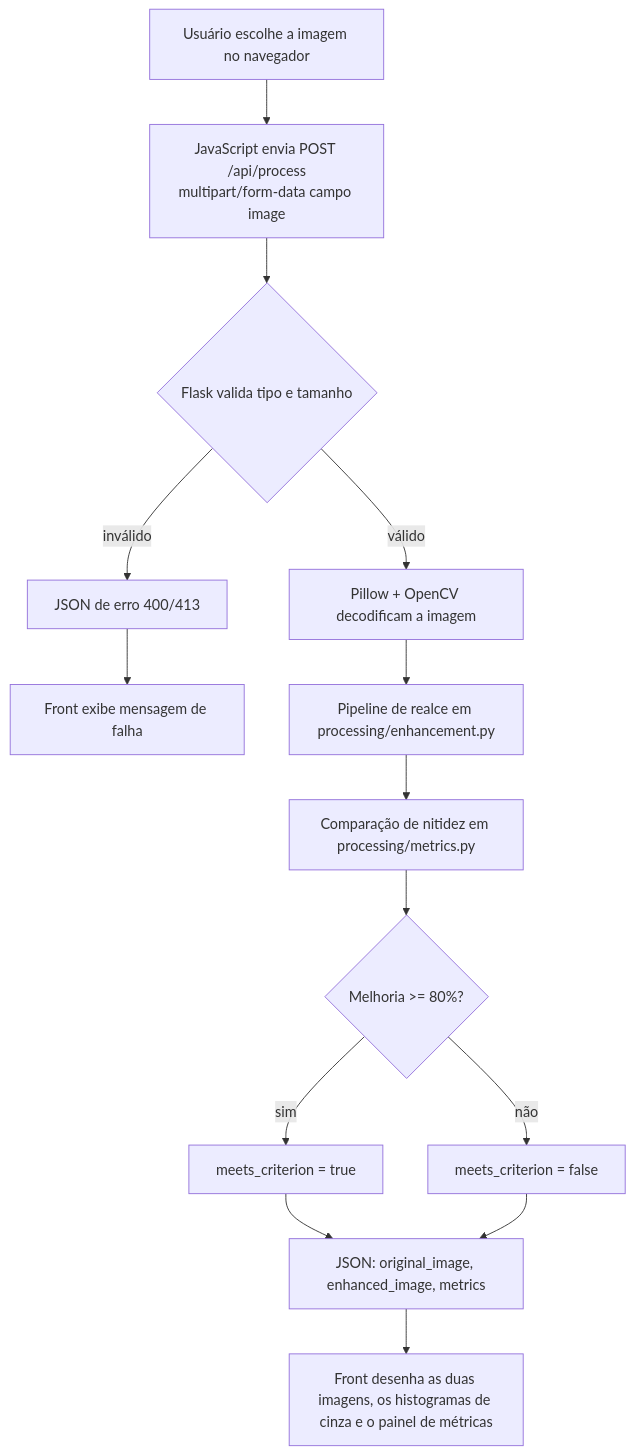
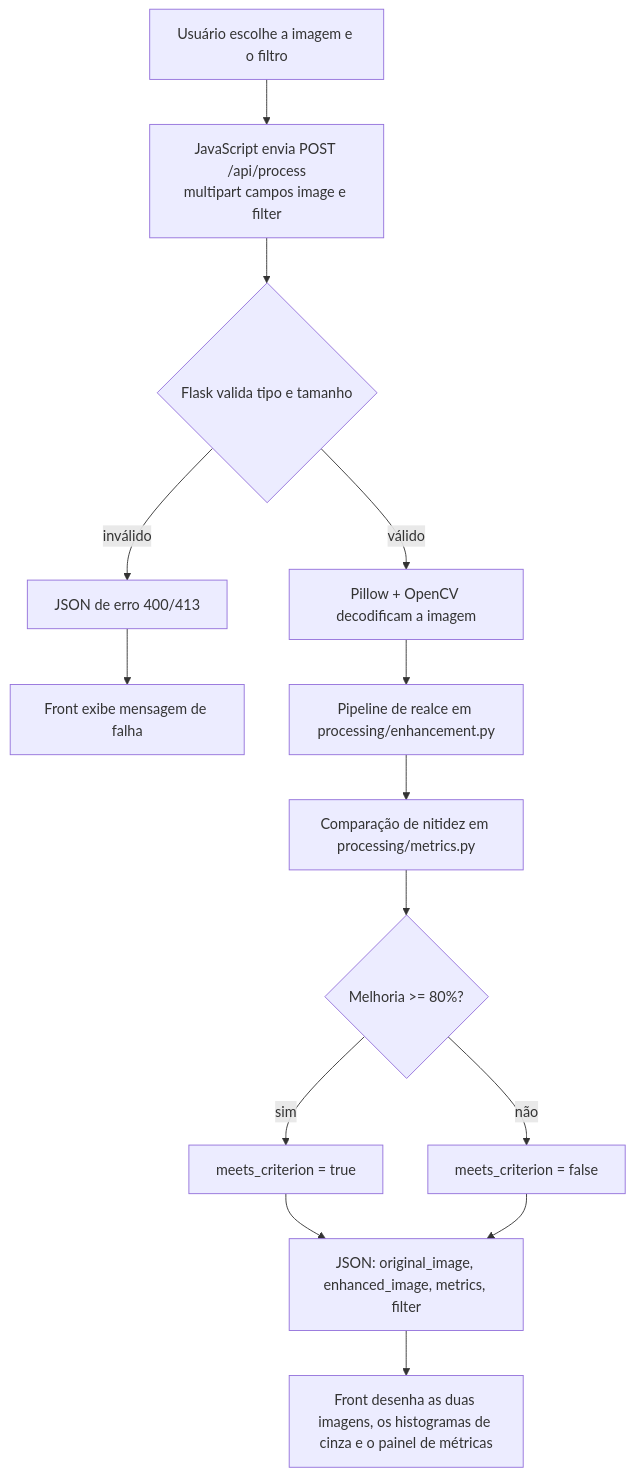
The diagram in README.md (Nicolas3077/Trabalho-de-Processamento-de-imagens-e-sinais), drawn with Mermaid before and after one commit. The commit also changed other lines of this file and 8 other files, not shown here.

````diff
--- a/README.md
+++ b/README.md
@@ -46,16 +58,16 @@
 ```mermaid
 flowchart TD
-    A[Usuário escolhe a imagem no navegador] --> B[JavaScript envia POST /api/process<br/>multipart/form-data campo image]
+    A[Usuário escolhe a imagem e o filtro] --> B[JavaScript envia POST /api/process<br/>multipart campos image e filter]
     B --> C{Flask valida tipo e tamanho}
     C -->|inválido| D[JSON de erro 400/413]
     D --> E[Front exibe mensagem de falha]
     C -->|válido| F[Pillow + OpenCV decodificam a imagem]
     F --> G[Pipeline de realce em processing/enhancement.py]
     G --> H[Comparação de nitidez em processing/metrics.py]
     H --> I{Melhoria >= 80%?}
     I -->|sim| J[meets_criterion = true]
     I -->|não| K[meets_criterion = false]
-    J --> L[JSON: original_image, enhanced_image, metrics]
+    J --> L[JSON: original_image, enhanced_image, metrics, filter]
     K --> L
     L --> M[Front desenha as duas imagens, os histogramas de cinza e o painel de métricas]
 ```
````
